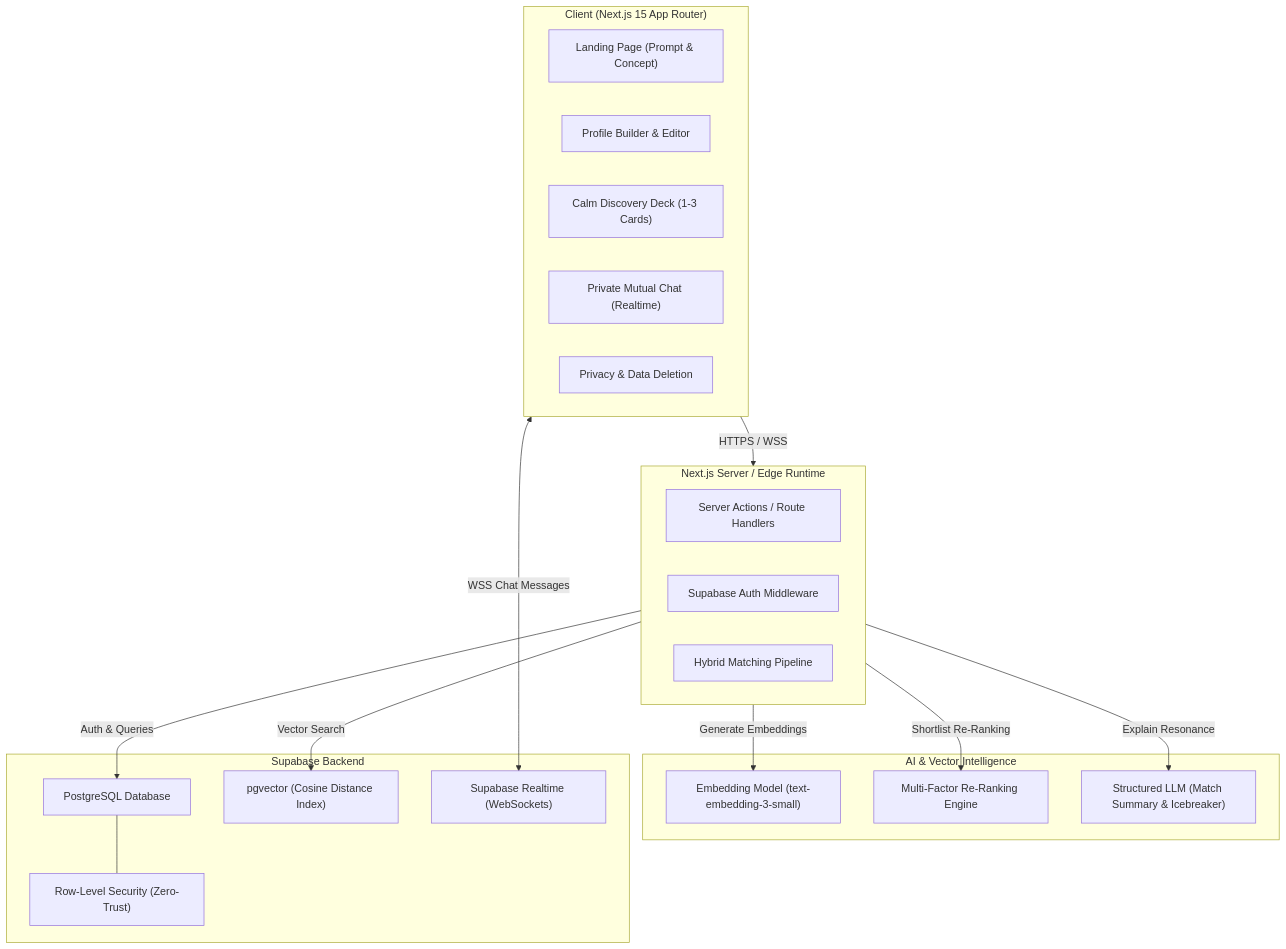
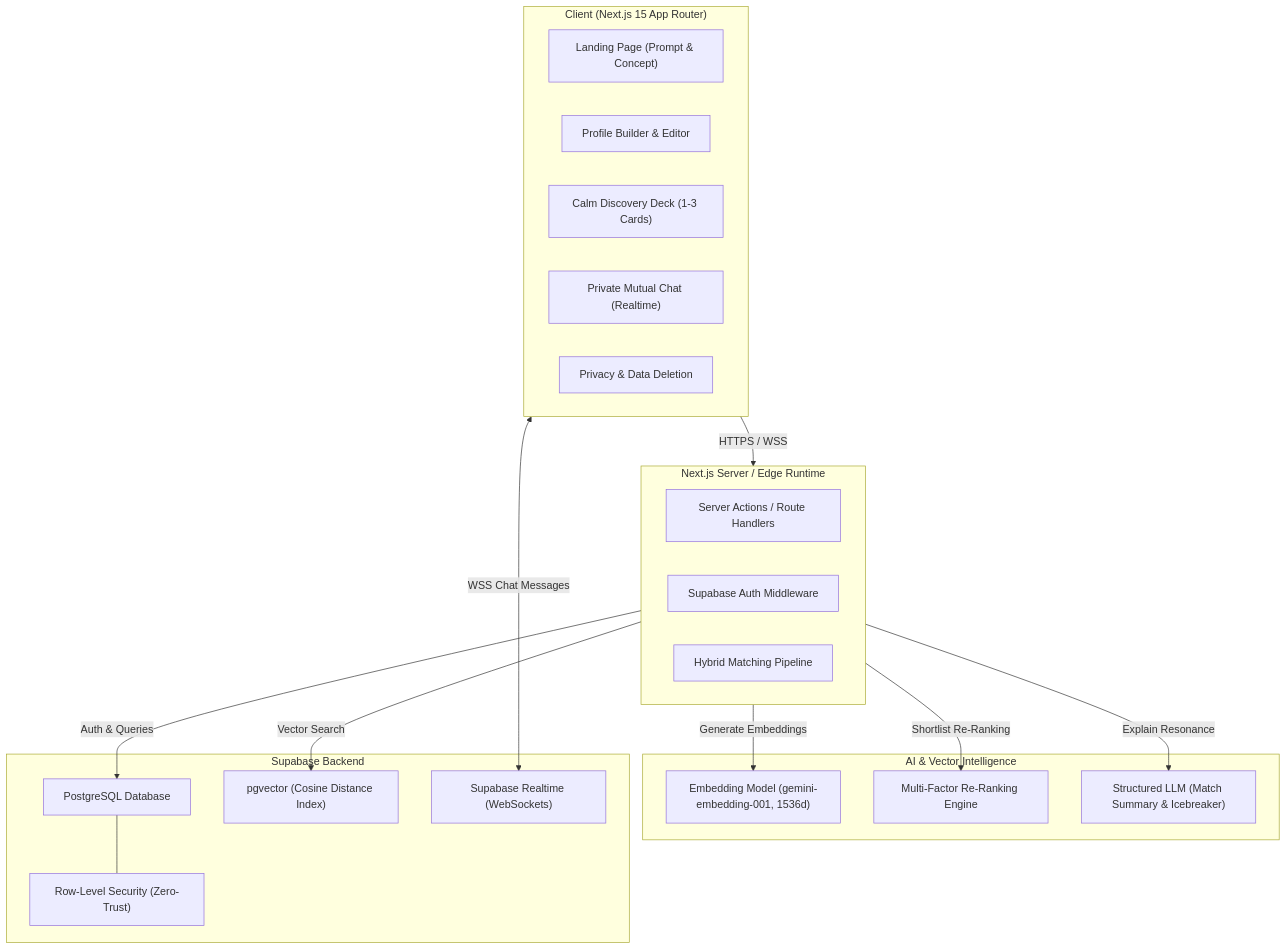
The first of 2 diagrams in ARCHITECTURE.md (rajsinghast03/mindmate), drawn with Mermaid before and after one commit. The commit also changed other lines of this file and 40 other files, not shown here.

````diff
--- a/ARCHITECTURE.md
+++ b/ARCHITECTURE.md
@@ -9,38 +9,38 @@
 ```mermaid
 flowchart TD
     subgraph Client ["Client (Next.js 15 App Router)"]
         Landing["Landing Page (Prompt & Concept)"]
         Onboarding["Profile Builder & Editor"]
         Discover["Calm Discovery Deck (1-3 Cards)"]
         Chat["Private Mutual Chat (Realtime)"]
         Settings["Privacy & Data Deletion"]
     end
 
     subgraph Server ["Next.js Server / Edge Runtime"]
         ServerActions["Server Actions / Route Handlers"]
         AuthMiddleware["Supabase Auth Middleware"]
         MatchingEngine["Hybrid Matching Pipeline"]
     end
 
     subgraph AI_Services ["AI & Vector Intelligence"]
-        EmbeddingModel["Embedding Model (text-embedding-3-small)"]
+        EmbeddingModel["Embedding Model (gemini-embedding-001, 1536d)"]
         Reranker["Multi-Factor Re-Ranking Engine"]
         ExplanationLLM["Structured LLM (Match Summary & Icebreaker)"]
     end
 
     subgraph Supabase ["Supabase Backend"]
         PG["PostgreSQL Database"]
         VectorExt["pgvector (Cosine Distance Index)"]
         RealtimeEngine["Supabase Realtime (WebSockets)"]
         RLS["Row-Level Security (Zero-Trust)"]
     end
 
     Client -->|HTTPS / WSS| Server
     Server -->|Auth & Queries| PG
     Server -->|Vector Search| VectorExt
     Server -->|Generate Embeddings| EmbeddingModel
     Server -->|Shortlist Re-Ranking| Reranker
     Server -->|Explain Resonance| ExplanationLLM
     Client <-->|WSS Chat Messages| RealtimeEngine
     PG --- RLS
 ```
````
